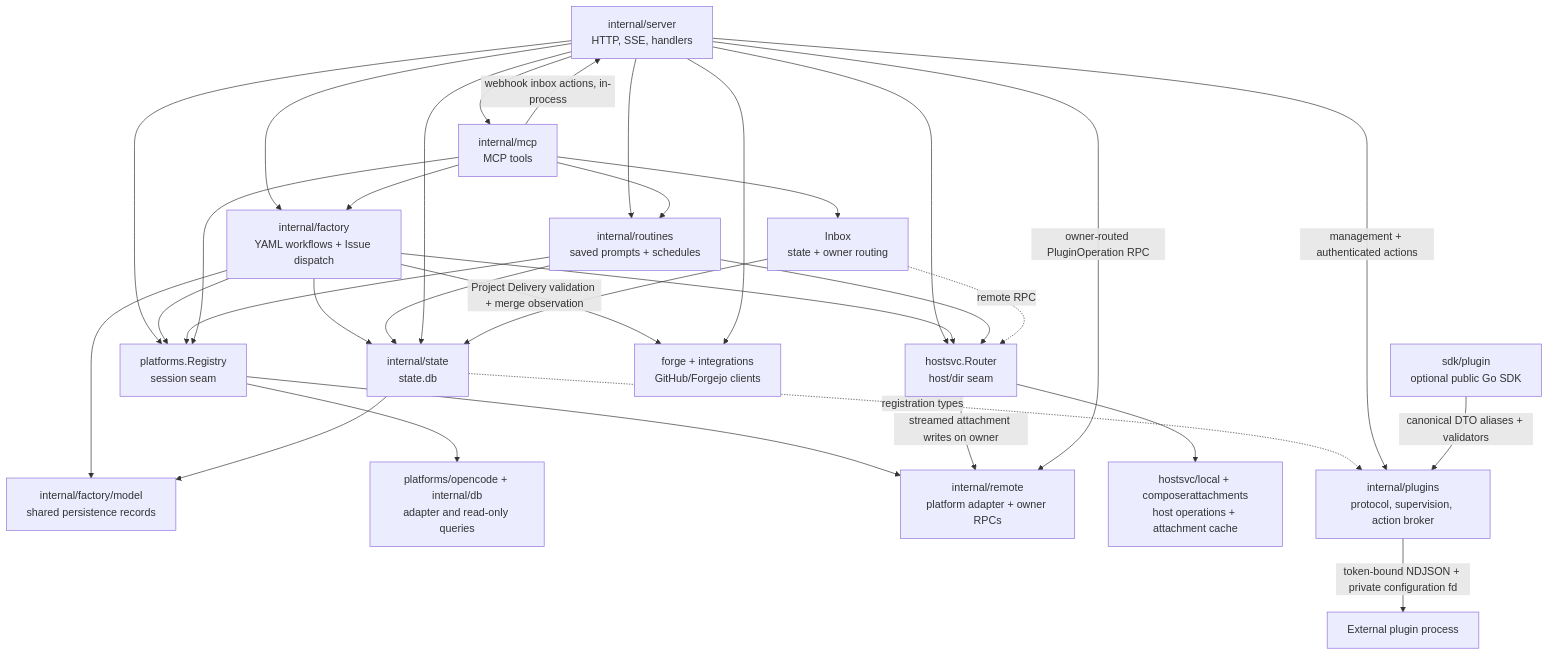
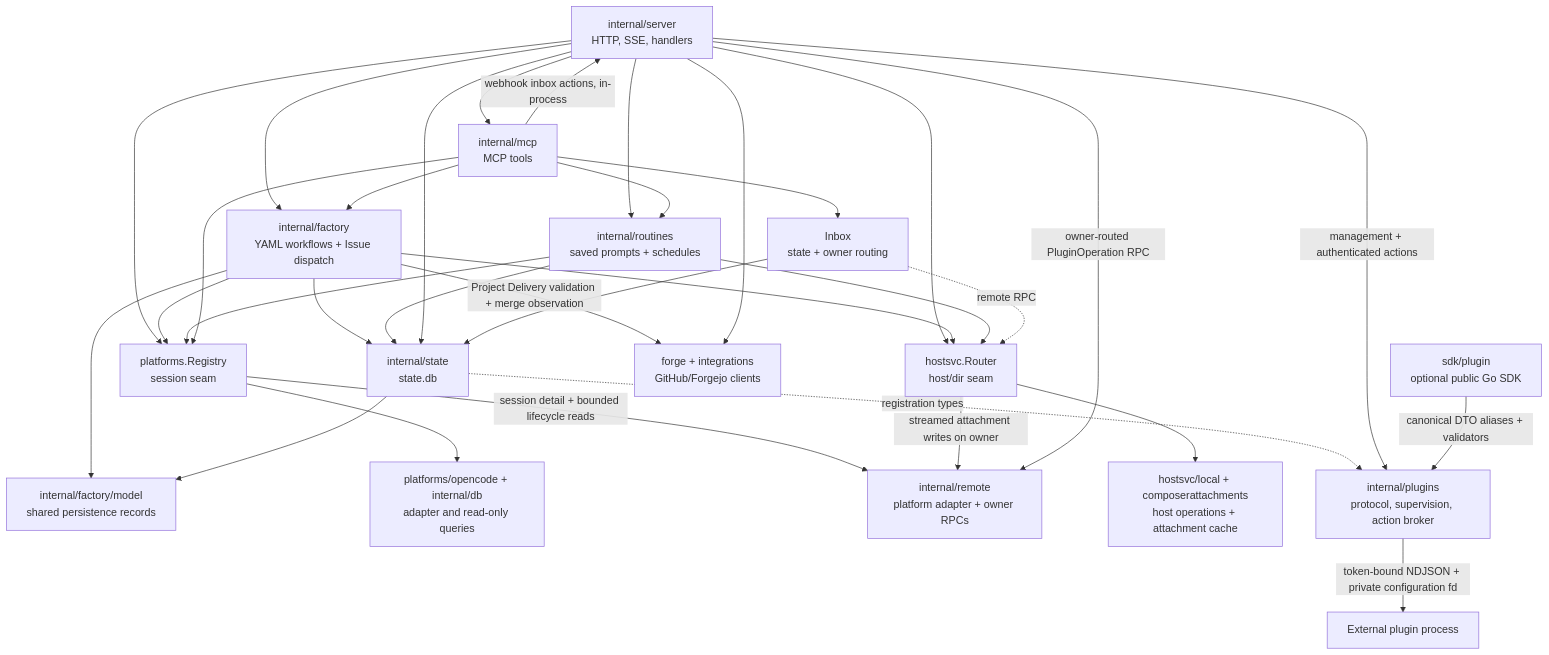
Before and after one commit to ocman/ocman: the third of 5 diagrams in docs/other/architecture.md, drawn with Mermaid. The commit also changed other lines of this file and 6 other files, not shown here.

````diff
--- a/docs/other/architecture.md
+++ b/docs/other/architecture.md
@@ -137,35 +137,35 @@
 ```mermaid
 flowchart TD
     Server[internal/server<br/>HTTP, SSE, handlers] --> Registry[platforms.Registry<br/>session seam]
     Server --> Router[hostsvc.Router<br/>host/dir seam]
     Server --> Routines[internal/routines<br/>saved prompts + schedules]
     Server --> Factory[internal/factory<br/>YAML workflows + Issue dispatch]
     Factory --> FactoryModel[internal/factory/model<br/>shared persistence records]
     Factory --> State
     State --> FactoryModel
     Factory --> Registry
     Factory --> Router
     Factory -->|Project Delivery validation + merge observation| Forge
     Routines --> Registry
     Routines --> Router
     Routines --> State
     Server --> MCP[internal/mcp<br/>MCP tools]
     MCP --> Factory
     MCP --> Inbox[Inbox<br/>state + owner routing]
     MCP --> Routines
     MCP -->|webhook inbox actions, in-process| Server
     MCP --> Registry
     Registry --> OC[platforms/opencode + internal/db<br/>adapter and read-only queries]
-    Registry --> RP[internal/remote<br/>platform adapter + owner RPCs]
+    Registry -->|session detail + bounded lifecycle reads| RP[internal/remote<br/>platform adapter + owner RPCs]
     Router --> Local[hostsvc/local + composerattachments<br/>host operations + attachment cache]
     Router -->|streamed attachment writes on owner| RP
     Server --> State[internal/state<br/>state.db]
     Inbox --> State
     Inbox -.->|remote RPC| Router
     Server --> Forge[forge + integrations<br/>GitHub/Forgejo clients]
     State -.->|registration types| Plugins[internal/plugins<br/>protocol, supervision, action broker]
     Server -->|management + authenticated actions| Plugins
     Plugins -->|token-bound NDJSON + private configuration fd| PluginExec[External plugin process]
     Server -->|owner-routed PluginOperation RPC| RP
     PluginSDK[sdk/plugin<br/>optional public Go SDK] -->|canonical DTO aliases + validators| Plugins
 ```
````
